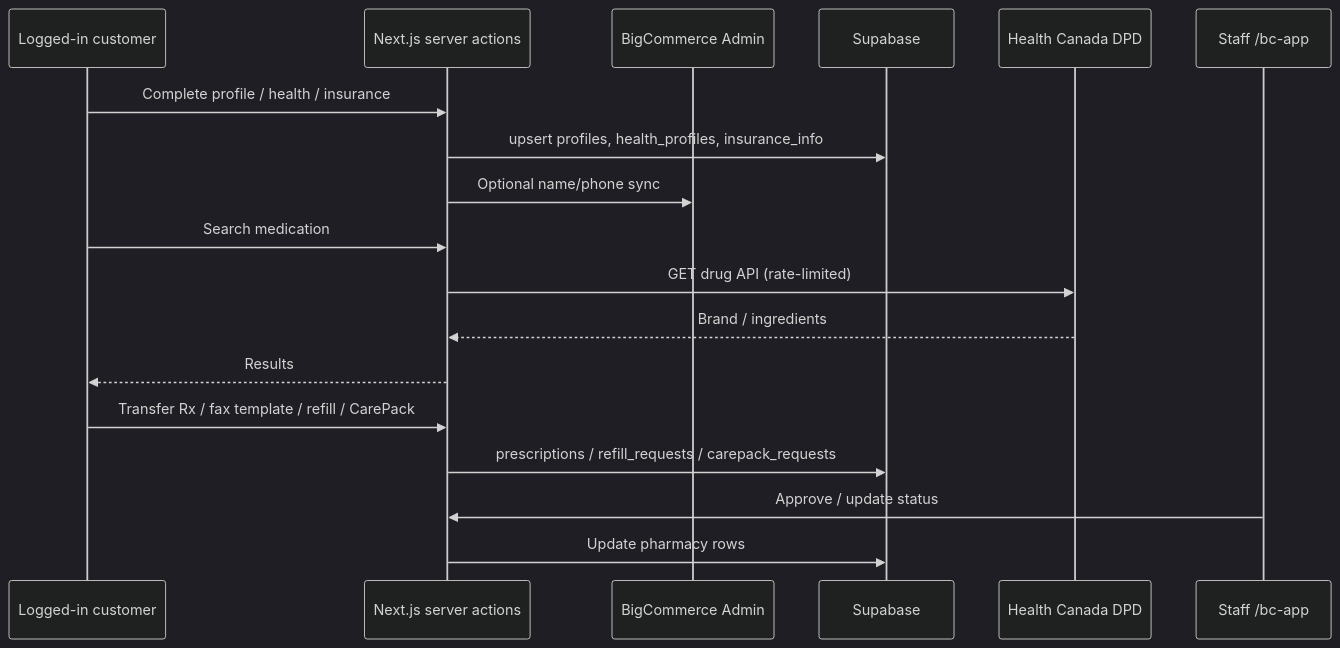
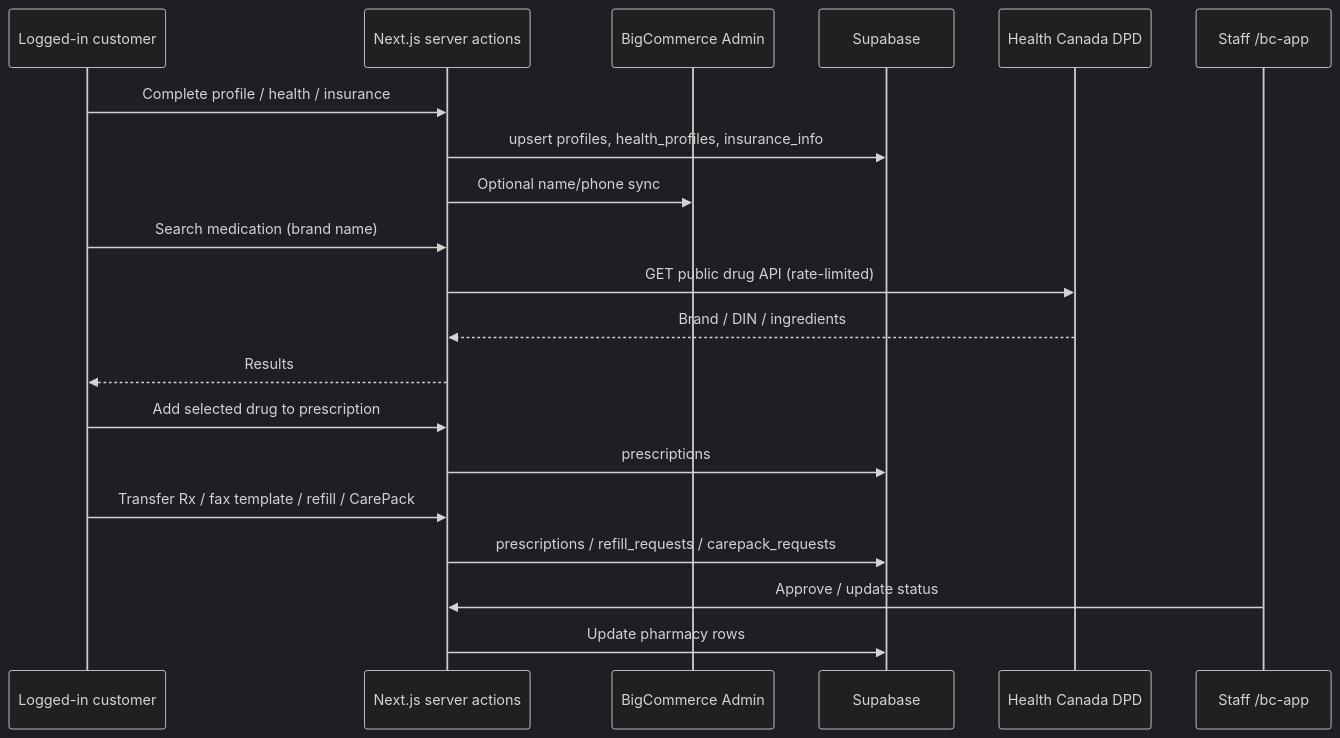
Before and after one commit to lolo19950603/liivv-test-catalyst-app: the third of 5 diagrams in docs/Liivv-Architecture-Deep-Dive.md, drawn with Mermaid (dark theme). The commit also changed other lines of this file and 17 other files, not shown here.

````diff
--- a/docs/Liivv-Architecture-Deep-Dive.md
+++ b/docs/Liivv-Architecture-Deep-Dive.md
@@ -139,24 +138,26 @@
 ```mermaid
 sequenceDiagram
   participant U as Logged-in customer
   participant N as Next.js server actions
   participant BC as BigCommerce Admin
   participant SB as Supabase
   participant DPD as Health Canada DPD
 
   U->>N: Complete profile / health / insurance
   N->>SB: upsert profiles, health_profiles, insurance_info
   N->>BC: Optional name/phone sync
 
-  U->>N: Search medication
-  N->>DPD: GET drug API (rate-limited)
-  DPD-->>N: Brand / ingredients
+  U->>N: Search medication (brand name)
+  N->>DPD: GET public drug API (rate-limited)
+  DPD-->>N: Brand / DIN / ingredients
   N-->>U: Results
+  U->>N: Add selected drug to prescription
+  N->>SB: prescriptions
 
   U->>N: Transfer Rx / fax template / refill / CarePack
   N->>SB: prescriptions / refill_requests / carepack_requests
 
   participant Staff as Staff /bc-app
   Staff->>N: Approve / update status
   N->>SB: Update pharmacy rows
 ```
````
